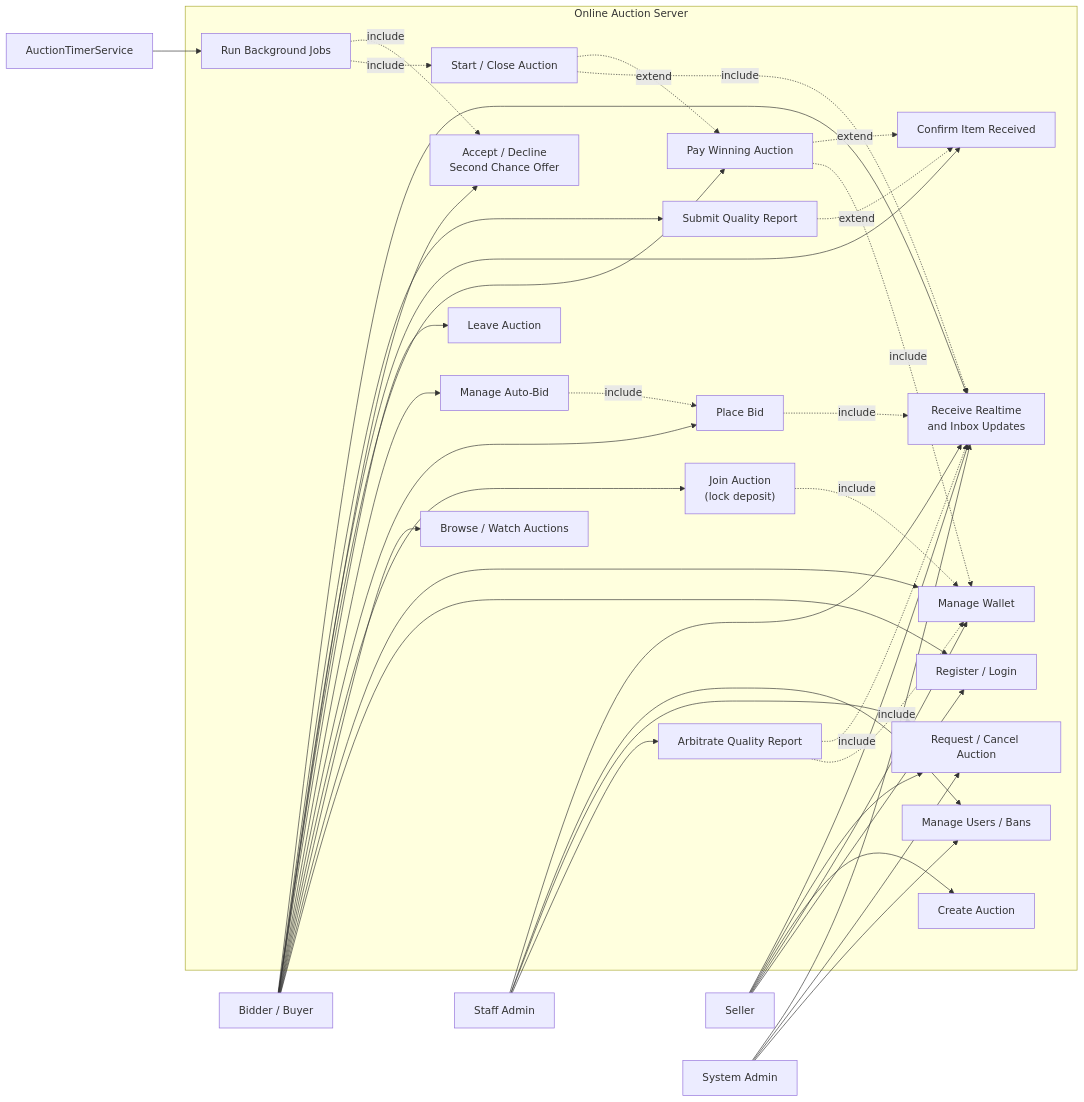
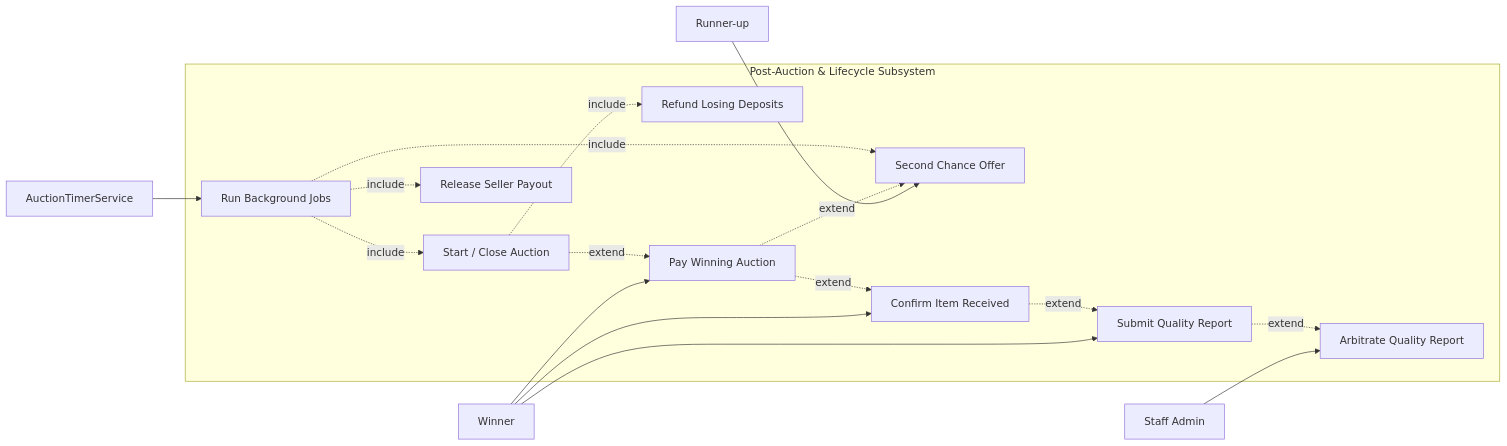
One commit to vuxgiakhanh-source/online-auction-system changed the third of 3 diagrams in UseCaseDiagram.md. Above: the diagram before and after it, drawn with Mermaid. The commit also changed 1 other file, not shown here.

Commit message:
update backend UML diagrams

````diff
--- a/UseCaseDiagram.md
+++ b/UseCaseDiagram.md
@@ -3,72 +58,36 @@
 ```mermaid
 flowchart LR
-    Bidder["Bidder / Buyer"]
-    Seller["Seller"]
+    Timer["AuctionTimerService"]
+    Winner["Winner"]
+    RunnerUp["Runner-up"]
     Staff["Staff Admin"]
-    SysAdmin["System Admin"]
-    Timer["AuctionTimerService"]
 
-    subgraph AuctionSystem["Online Auction Server"]
-        UCAuth["Register / Login"]
-        UCWallet["Manage Wallet"]
-        UCBrowse["Browse / Watch Auctions"]
-        UCJoin["Join Auction<br/>(lock deposit)"]
-        UCBid["Place Bid"]
-        UCAutoBid["Manage Auto-Bid"]
-        UCLeave["Leave Auction"]
-        UCCreate["Create Auction"]
-        UCCancel["Request / Cancel Auction"]
+    subgraph Lifecycle["Post-Auction & Lifecycle Subsystem"]
         UCLifecycle["Start / Close Auction"]
+        UCRefund["Refund Losing Deposits"]
         UCPay["Pay Winning Auction"]
-        UCSCO["Accept / Decline<br/>Second Chance Offer"]
+        UCSCO["Second Chance Offer"]
         UCConfirm["Confirm Item Received"]
         UCReport["Submit Quality Report"]
         UCArbitrate["Arbitrate Quality Report"]
-        UCNotify["Receive Realtime<br/>and Inbox Updates"]
-        UCAdmin["Manage Users / Bans"]
-        UCSchedule["Run Background Jobs"]
+        UCPayout["Release Seller Payout"]
+        UCJobs["Run Background Jobs"]
     end
 
-    Bidder --> UCAuth
-    Bidder --> UCWallet
-    Bidder --> UCBrowse
-    Bidder --> UCJoin
-    Bidder --> UCBid
-    Bidder --> UCAutoBid
-    Bidder --> UCLeave
-    Bidder --> UCPay
-    Bidder --> UCSCO
-    Bidder --> UCConfirm
-    Bidder --> UCReport
-    Bidder --> UCNotify
+    Timer --> UCJobs
+    Winner --> UCPay
+    Winner --> UCConfirm
+    Winner --> UCReport
+    RunnerUp --> UCSCO
+    Staff --> UCArbitrate
 
-    Seller --> UCAuth
-    Seller --> UCWallet
-    Seller --> UCCreate
-    Seller --> UCCancel
-    Seller --> UCNotify
-
-    Staff --> UCArbitrate
-    Staff --> UCCancel
-    Staff --> UCAdmin
-    Staff --> UCNotify
-
-    SysAdmin --> UCAdmin
-    SysAdmin --> UCCancel
-    SysAdmin --> UCNotify
-
-    Timer --> UCSchedule
-
-    UCJoin -. include .-> UCWallet
-    UCBid -. include .-> UCNotify
-    UCAutoBid -. include .-> UCBid
-    UCLifecycle -. include .-> UCNotify
+    UCJobs -. include .-> UCLifecycle
+    UCLifecycle -. include .-> UCRefund
     UCLifecycle -. extend .-> UCPay
-    UCSchedule -. include .-> UCLifecycle
-    UCSchedule -. include .-> UCSCO
-    UCPay -. include .-> UCWallet
+    UCPay -. extend .-> UCSCO
     UCPay -. extend .-> UCConfirm
-    UCReport -. extend .-> UCConfirm
-    UCArbitrate -. include .-> UCWallet
-    UCArbitrate -. include .-> UCNotify
+    UCConfirm -. extend .-> UCReport
+    UCReport -. extend .-> UCArbitrate
+    UCJobs -. include .-> UCPayout
+    UCJobs -. include .-> UCSCO
 ```
````
